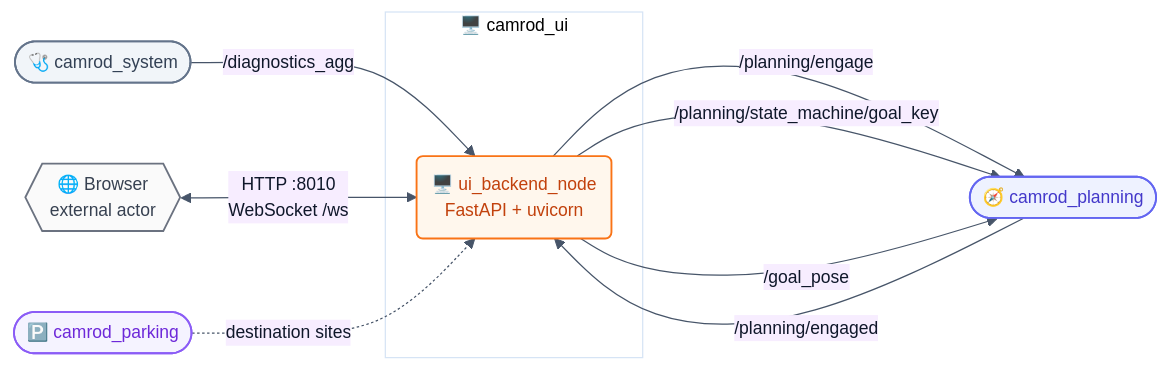
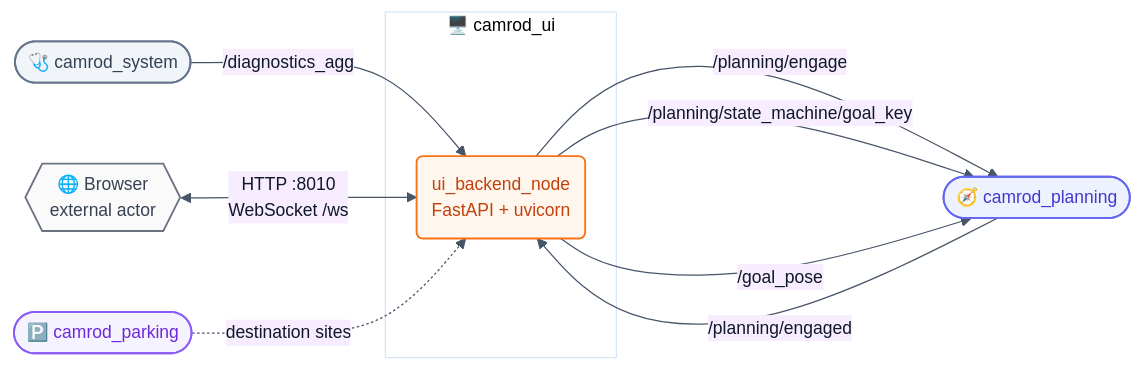
The first of 5 diagrams in camrod_ui/README.md (hwanhonglee/CAMROD), drawn with Mermaid before and after one commit. The commit also changed other lines of this file and 11 other files, not shown here.

First line of the commit message:
docs: fix Mermaid syntax errors and reduce emoji overuse in all READMEs

````diff
--- a/camrod_ui/README.md
+++ b/camrod_ui/README.md
@@ -46,25 +46,25 @@
 ```mermaid
 %%{init: {'theme': 'base', 'themeVariables': {'fontFamily': 'ui-sans-serif, system-ui, sans-serif', 'fontSize': '14px', 'primaryColor': '#FFF7ED', 'primaryTextColor': '#0F172A', 'primaryBorderColor': '#F97316', 'lineColor': '#475569'}, 'flowchart': {'curve': 'basis', 'htmlLabels': true, 'padding': 12}}}%%
 graph LR
   BROWSER{{🌐 Browser\nexternal actor}}:::hardware
 
   SYS([🩺 camrod_system]):::system    -->|/diagnostics_agg| UI
   PLAN([🧭 camrod_planning]):::planning -->|/planning/engaged| UI
 
   subgraph UI_BOX["🖥️ camrod_ui"]
-    UI(🖥️ ui_backend_node\nFastAPI + uvicorn):::ui
+    UI(ui_backend_node\nFastAPI + uvicorn):::ui
   end
 
   BROWSER <-->|HTTP :8010\nWebSocket /ws| UI
 
   UI -->|/planning/engage| PLAN
   UI -->|/planning/state_machine/goal_key| PLAN
   UI -->|/goal_pose| PLAN
   PARK([🅿️ camrod_parking]):::parking -.->|destination sites| UI
 
   classDef ui           fill:#FFF7ED,stroke:#F97316,stroke-width:1.5px,color:#C2410C;
   classDef system       fill:#F1F5F9,stroke:#64748B,stroke-width:1.5px,color:#334155;
   classDef planning     fill:#EEF2FF,stroke:#6366F1,stroke-width:1.5px,color:#4338CA;
   classDef parking      fill:#F5F3FF,stroke:#8B5CF6,stroke-width:1.5px,color:#6D28D9;
   classDef hardware     fill:#FAFAFA,stroke:#6B7280,stroke-width:1.5px,color:#374151;
 ```
````
